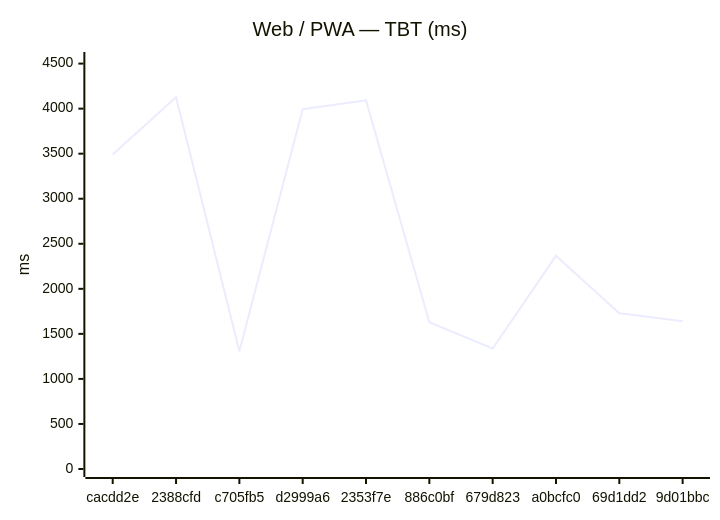
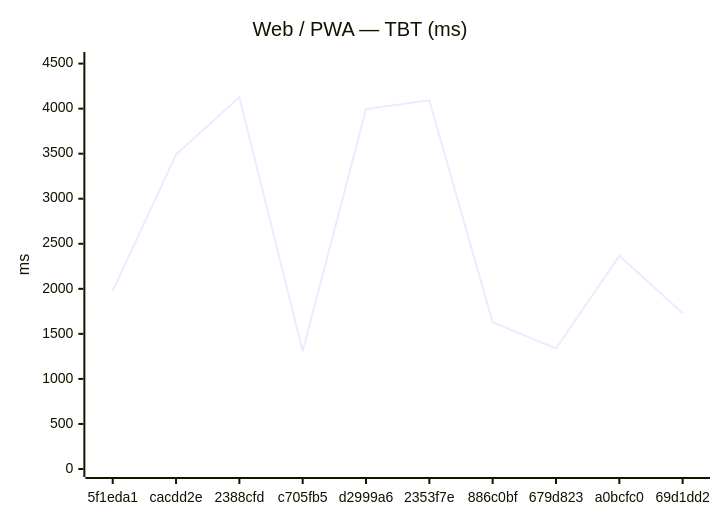
One commit to Metaheurist/Rianell changed the second of 12 diagrams in benchmarks/compare.md. Above: the diagram before and after it, drawn with Mermaid. The commit also changed other lines of this file and 8 other files, not shown here.

````diff
--- a/benchmarks/compare.md
+++ b/benchmarks/compare.md
@@ -31,7 +31,7 @@
 ```mermaid
 xychart-beta
     title "Web / PWA — TBT (ms)"
-    x-axis ["cacdd2e", "2388cfd", "c705fb5", "d2999a6", "2353f7e", "886c0bf", "679d823", "a0bcfc0", "69d1dd2", "9d01bbc"]
+    x-axis ["5f1eda1", "cacdd2e", "2388cfd", "c705fb5", "d2999a6", "2353f7e", "886c0bf", "679d823", "a0bcfc0", "69d1dd2"]
     y-axis "ms" 0 --> 4540
-    line [3491, 4127, 1307, 3994, 4093, 1630, 1338, 2366, 1729, 1639]
+    line [1976, 3491, 4127, 1307, 3994, 4093, 1630, 1338, 2366, 1729]
 ```
````
